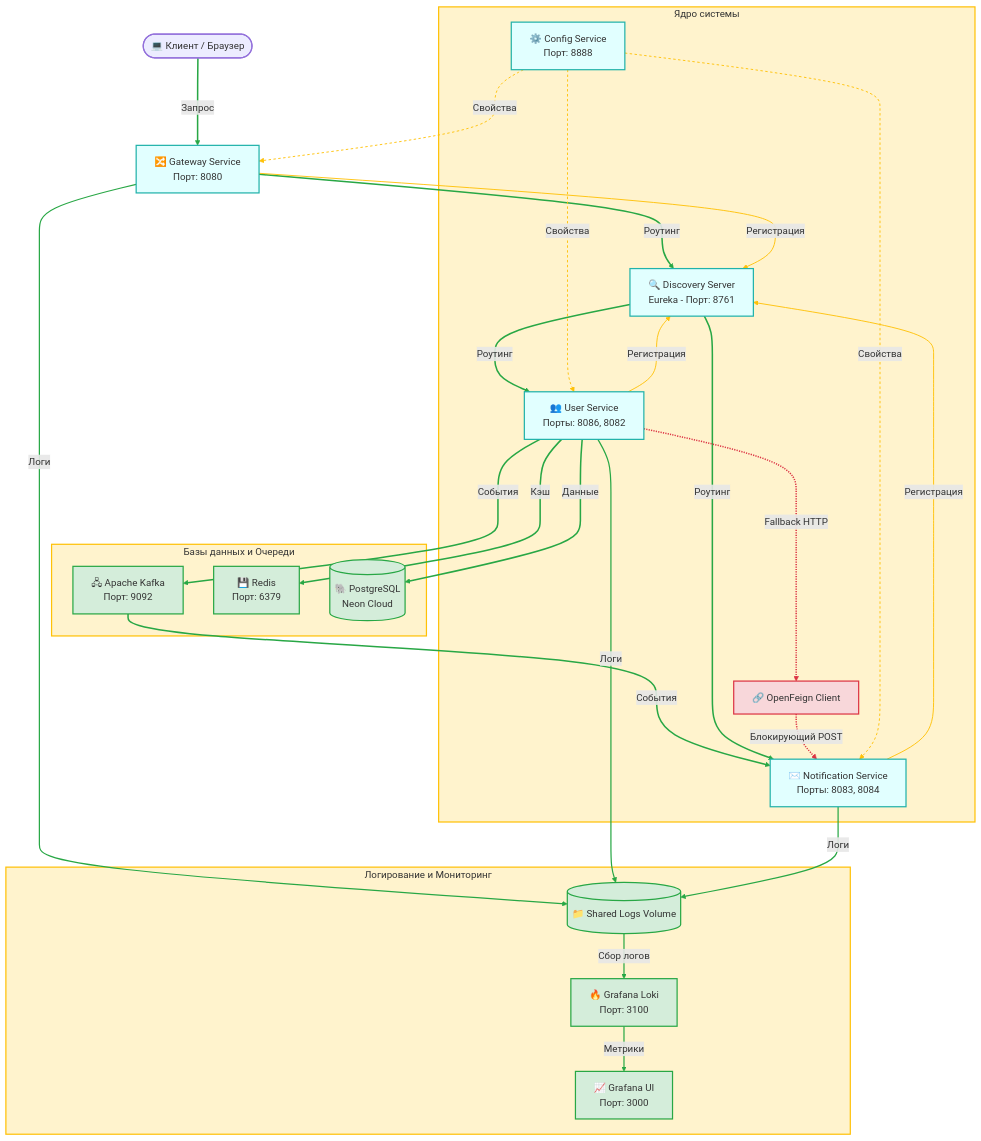
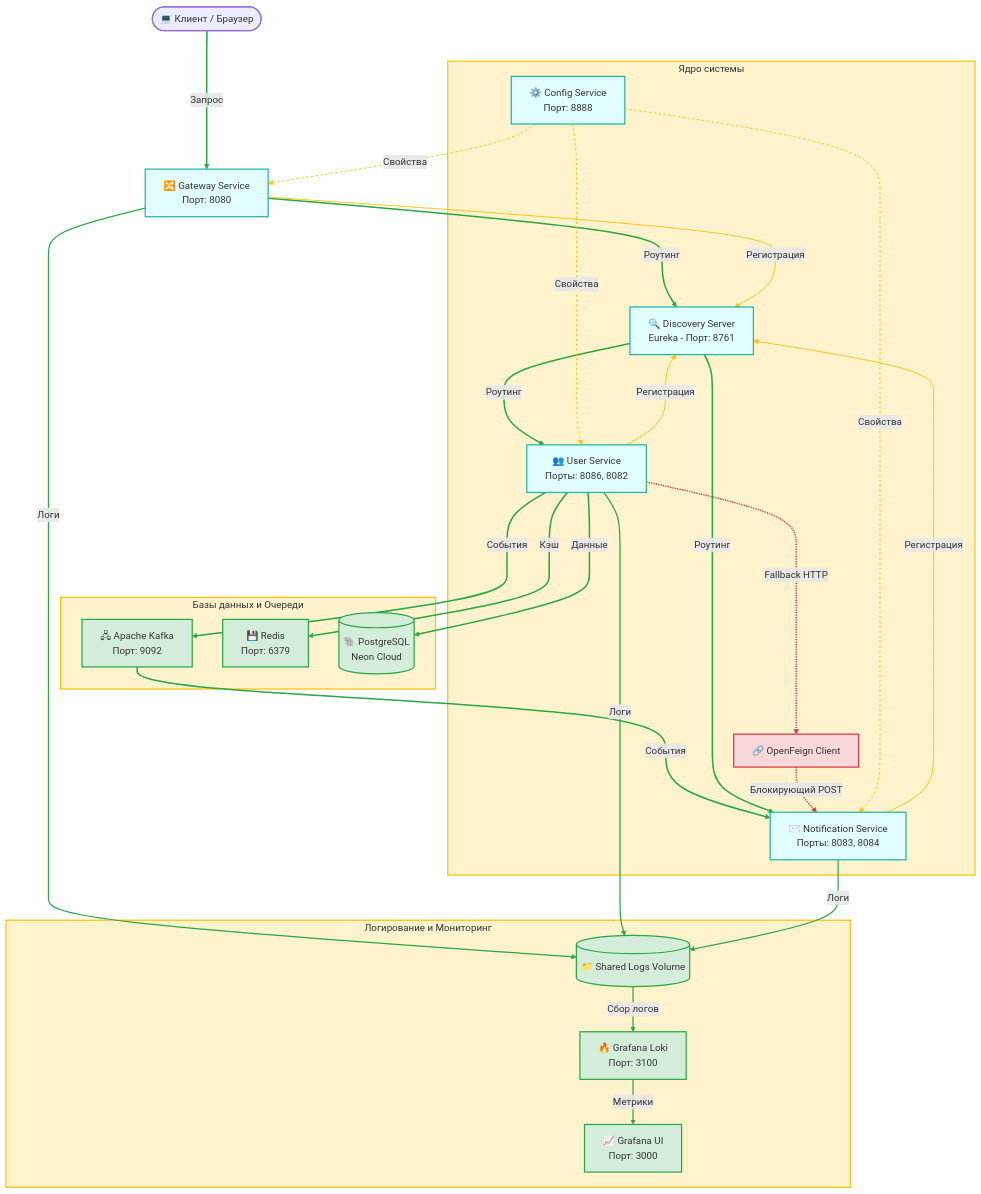
Before and after one commit to maxitool/user-service: the first of 2 diagrams in README.md, drawn with Mermaid. The commit also changed other lines of this file, not shown here.

````diff
--- a/README.md
+++ b/README.md
@@ -124,10 +253,10 @@
     US -.->|Fallback HTTP| Feign
     Feign -.->|Блокирующий POST| NS
 
-    %% Группа 2 (индексы 10-12): Конфигурация через Config Server
-    Config --->|Свойства| Gateway
-    Config --->|Свойства| US
-    Config --->|Свойства| NS
+    %% Группа 2 (индексы 10-12): Конфигурация через Config Server (ИСПРАВЛЕНО НА ПУНКТИРНЫЕ СТРЕЛКИ)
+    Config -.->|Свойства| Gateway
+    Config -.->|Свойства| US
+    Config -.->|Свойства| NS
 
     %% Группа 3 (индексы 13-15): Регистрация в Eureka
     Gateway --->|Регистрация| Discovery
@@ -180,5 +309,4 @@
     
     %% Индексы 16-20: Сбор логов и вывод на мониторинг (Зеленый тонкий)
     linkStyle 16,17,18,19,20 stroke:#28a745,stroke-width:2px;
-
 ```
````
